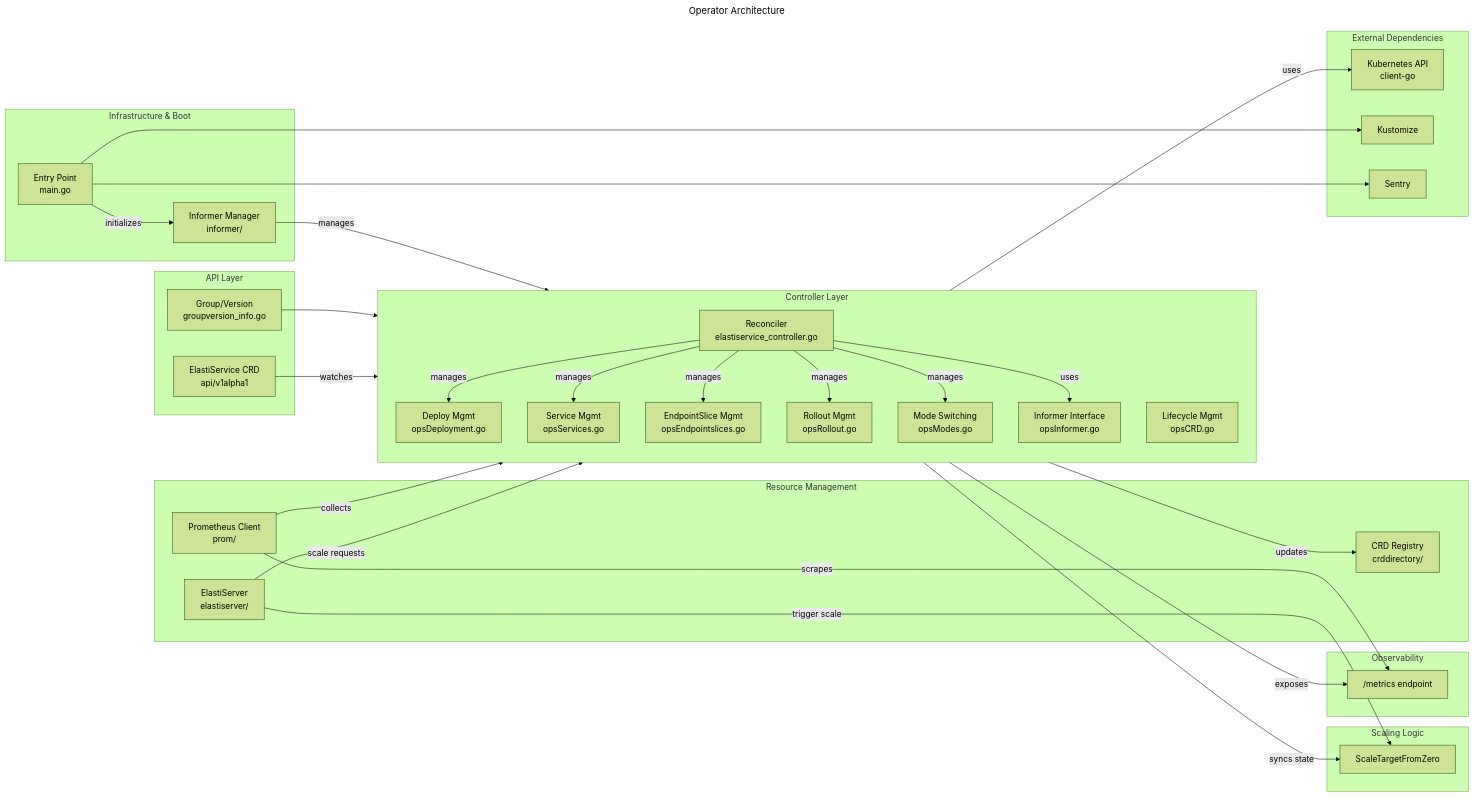
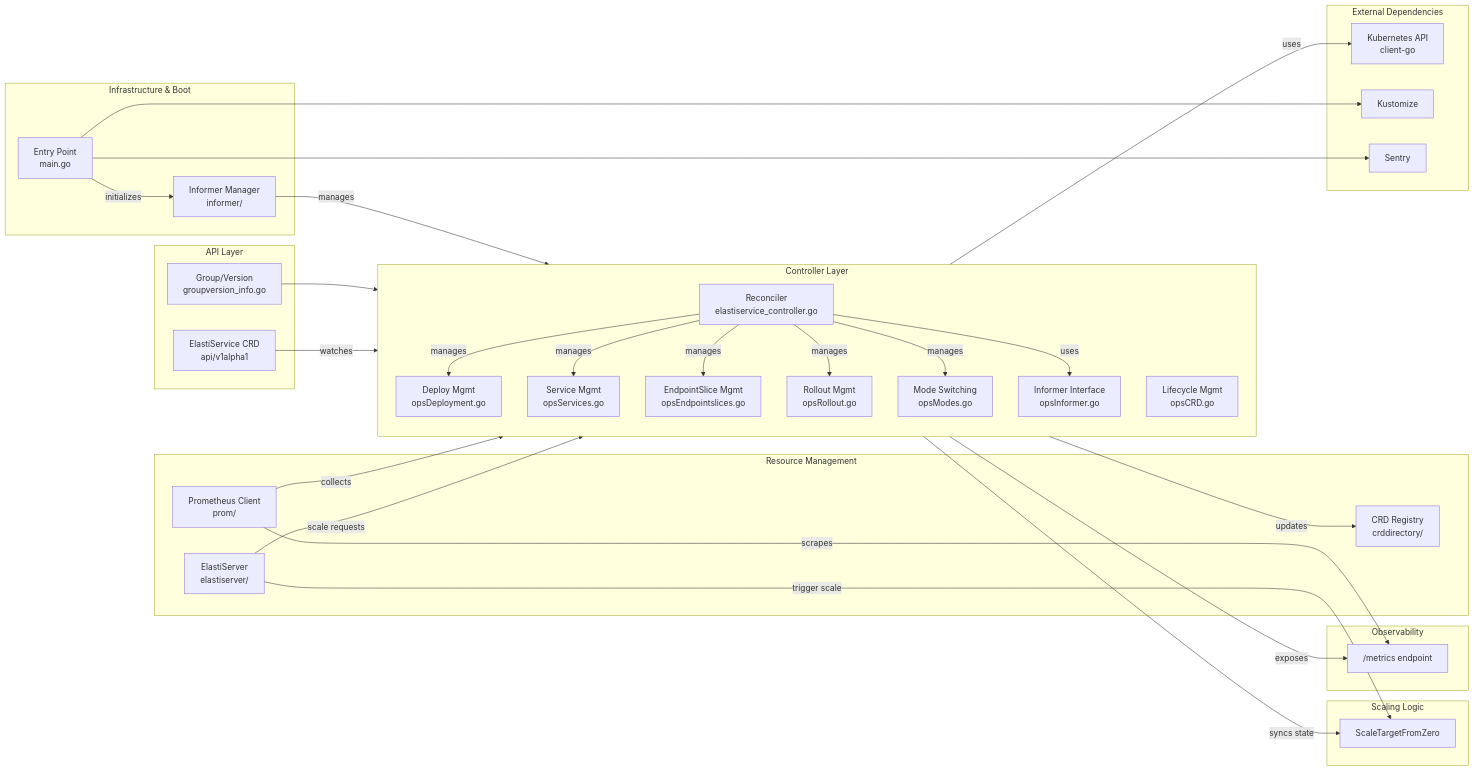
One commit to truefoundry/elasti changed the second of 8 diagrams in docs/src/architecture.md. Above: the diagram before and after it, drawn with Mermaid. The commit also changed other lines of this file and 15 other files, not shown here.

````diff
--- a/docs/src/architecture.md
+++ b/docs/src/architecture.md
@@ -71,82 +71,74 @@
 ``` mermaid
----
-title: Operator Architecture
-displayMode: compact
-config:
-  layout: dagre
-  look: classic
-  theme: forest
----
 
 flowchart LR
 
 %% === API ===
 subgraph "API Layer"
   CRD["ElastiService CRD<br/>api/v1alpha1"]:::core
   GroupVersion["Group/Version<br/>groupversion_info.go"]:::core
 end
 
 %% === CONTROLLER ===
 subgraph "Controller Layer"
   direction TB
   Reconciler["Reconciler<br/>elastiservice_controller.go"]:::core
   Lifecycle["Lifecycle Mgmt<br/>opsCRD.go"]:::core
   Deploy["Deploy Mgmt<br/>opsDeployment.go"]:::core
   SVCs["Service Mgmt<br/>opsServices.go"]:::core
   EPSlices["EndpointSlice Mgmt<br/>opsEndpointslices.go"]:::core
   Rollouts["Rollout Mgmt<br/>opsRollout.go"]:::core
   Modes["Mode Switching<br/>opsModes.go"]:::core
   Informers["Informer Interface<br/>opsInformer.go"]:::core
 end
 
 CRD -->|watches| Reconciler
 GroupVersion --> Reconciler
 Reconciler -->|manages| Deploy & SVCs & EPSlices & Rollouts & Modes
 Reconciler -->|uses| Informers
 
 %% === RESOURCE MGMT ===
 subgraph "Resource Management"
   CRDReg["CRD Registry<br/>crddirectory/"]:::core
   Server["ElastiServer<br/>elastiserver/"]:::http
   Prom["Prometheus Client<br/>prom/"]:::metrics
 end
 
 Reconciler -->|updates| CRDReg
 Server -->|scale requests| Reconciler
 Prom -->|collects| Reconciler
 
 %% === INFRASTRUCTURE ===
 subgraph "Infrastructure & Boot"
   Main["Entry Point<br/>main.go"]:::core
   InfMgr["Informer Manager<br/>informer/"]:::core
 end
 
 Main -->|initializes| InfMgr -->|manages| Informers
 
 %% === OBSERVABILITY ===
 subgraph "Observability"
   Metrics["/metrics endpoint"]:::metrics
 end
 
 Reconciler -->|exposes| Metrics
 Prom -->|scrapes| Metrics
 
 %% === DATA FLOW ===
 subgraph "Scaling Logic"
   ScaleLogic["ScaleTargetFromZero"]:::core
 end
 
 Server -->|trigger scale| ScaleLogic
 Reconciler -->|syncs state| ScaleLogic
 
 %% === EXTERNAL ===
 subgraph "External Dependencies"
   K8s["Kubernetes API<br/>client-go"]:::external
   Kustomize["Kustomize"]:::external
   Sentry["Sentry"]:::external
 end
 
 Reconciler -->|uses| K8s
 Main --> Kustomize & Sentry
 
 ```
````
